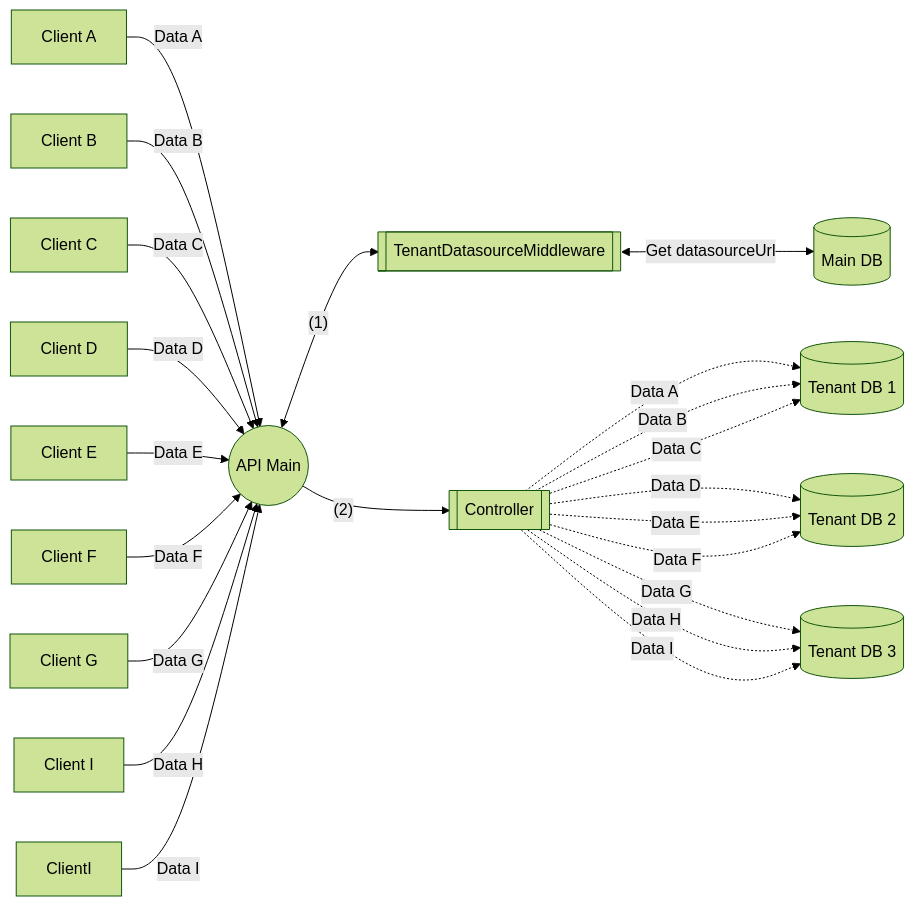
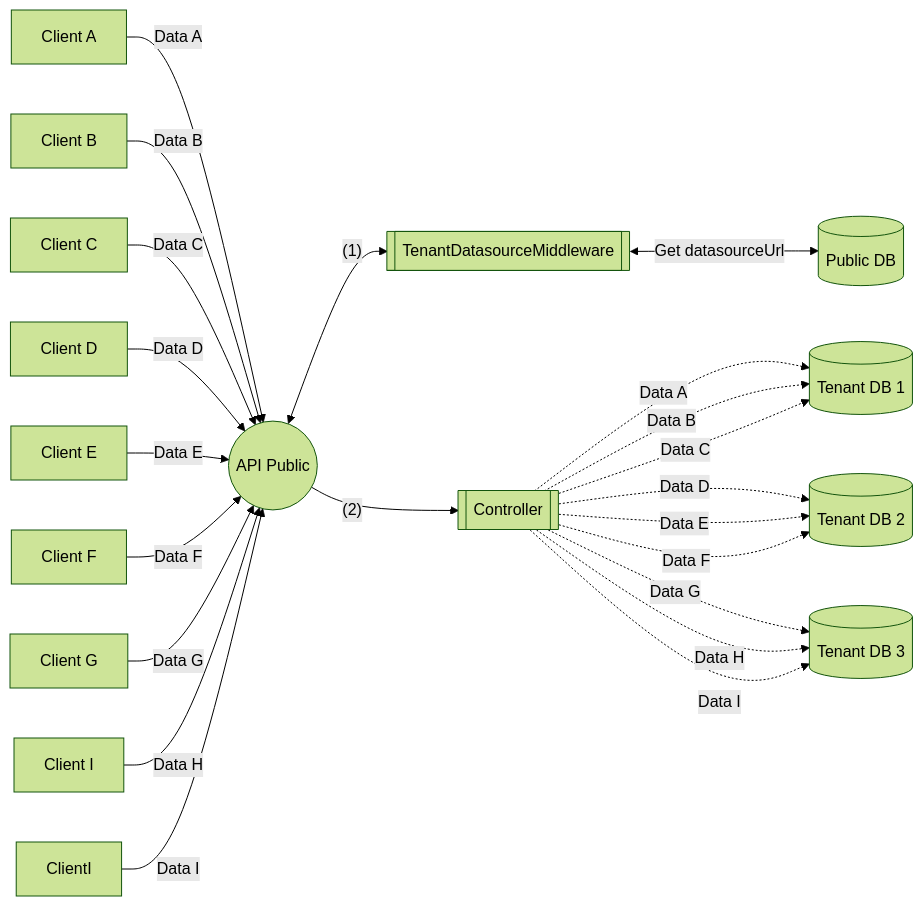
One commit to pivee/multi-tenant-nestjs changed the third of 3 diagrams in README.md. Above: the diagram before and after it, drawn with Mermaid (forest theme). The commit also changed other lines of this file, not shown here.

````diff
--- a/README.md
+++ b/README.md
@@ -160,39 +160,39 @@
 ```mermaid
 flowchart LR
-  API((API Main))
+  API((API Public))
   APITSM[[TenantDatasourceMiddleware]]
   APIController[[Controller]]
-  MainDb[(Main DB)]
+  PublicDb[(Public DB)]
   TenantDb1[(Tenant DB 1)]
   TenantDb2[(Tenant DB 2)]
   TenantDb3[(Tenant DB 3)]
   ClientA[Client A]
   ClientB[Client B]
   ClientC[Client C]
   ClientD[Client D]
   ClientE[Client E]
   ClientF[Client F]
   ClientG[Client G]
   ClientH[Client I]
 
-  API <--(1)--> APITSM <--Get datasourceUrl--> MainDb
+  API <--(1)--> APITSM <--Get datasourceUrl--> PublicDb
   API --(2)--> APIController
   ClientA --Data A--> API
   ClientB --Data B--> API
   ClientC --Data C--> API
   ClientD --Data D--> API
   ClientE --Data E--> API
   ClientF --Data F--> API
   ClientG --Data G--> API
   ClientH --Data H--> API
   ClientI --Data I--> API
   APIController -.Data A.->TenantDb1
   APIController -.Data B.->TenantDb1
   APIController -.Data C.->TenantDb1
   APIController -.Data D.->TenantDb2
   APIController -.Data E.->TenantDb2
   APIController -.Data F.->TenantDb2
   APIController -.Data G.->TenantDb3
   APIController -.Data H.->TenantDb3
   APIController -.Data I.->TenantDb3
 ```
````
